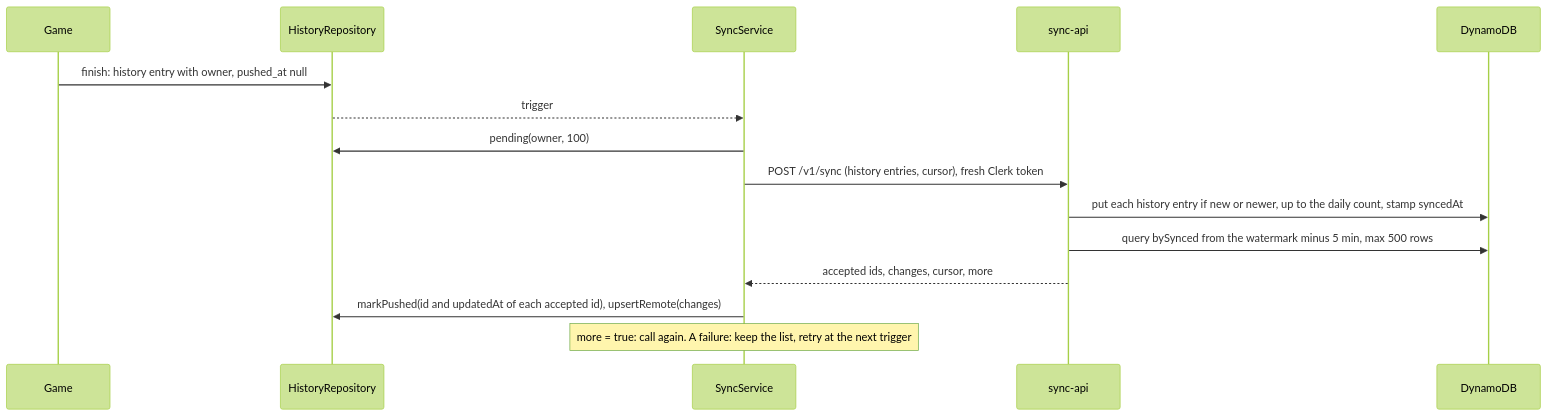
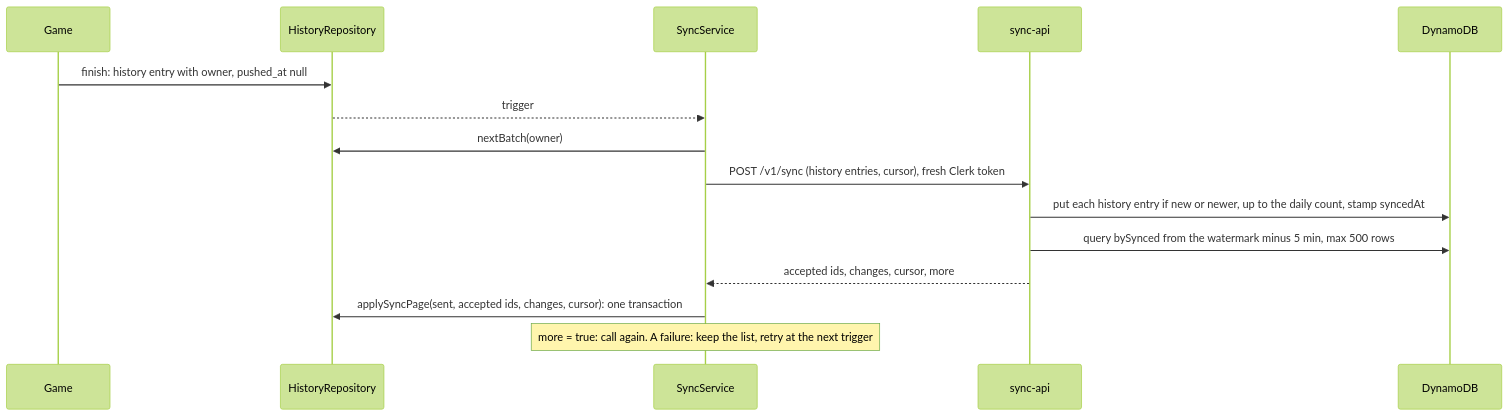
Before and after one commit to vandemaelefelix/sudoku: the first of 3 diagrams in docs/architecture/00-concepts/history-sync.md, drawn with Mermaid (forest theme). The commit also changed other lines of this file and 31 other files, not shown here.

First line of the commit message:
refactor(app): apply a sync page in the history repository (#168)

````diff
--- a/docs/architecture/00-concepts/history-sync.md
+++ b/docs/architecture/00-concepts/history-sync.md
@@ -83,17 +89,17 @@
 ```mermaid
 sequenceDiagram
   participant Game
   participant Repo as HistoryRepository
   participant Sync as SyncService
   participant API as sync-api
   participant DB as DynamoDB
   Game->>Repo: finish: history entry with owner, pushed_at null
   Repo-->>Sync: trigger
-  Sync->>Repo: pending(owner, 100)
+  Sync->>Repo: nextBatch(owner)
   Sync->>API: POST /v1/sync (history entries, cursor), fresh Clerk token
   API->>DB: put each history entry if new or newer, up to the daily count, stamp syncedAt
   API->>DB: query bySynced from the watermark minus 5 min, max 500 rows
   API-->>Sync: accepted ids, changes, cursor, more
-  Sync->>Repo: markPushed(id and updatedAt of each accepted id), upsertRemote(changes)
+  Sync->>Repo: applySyncPage(sent, accepted ids, changes, cursor): one transaction
   Note over Sync: more = true: call again. A failure: keep the list, retry at the next trigger
 ```
````
